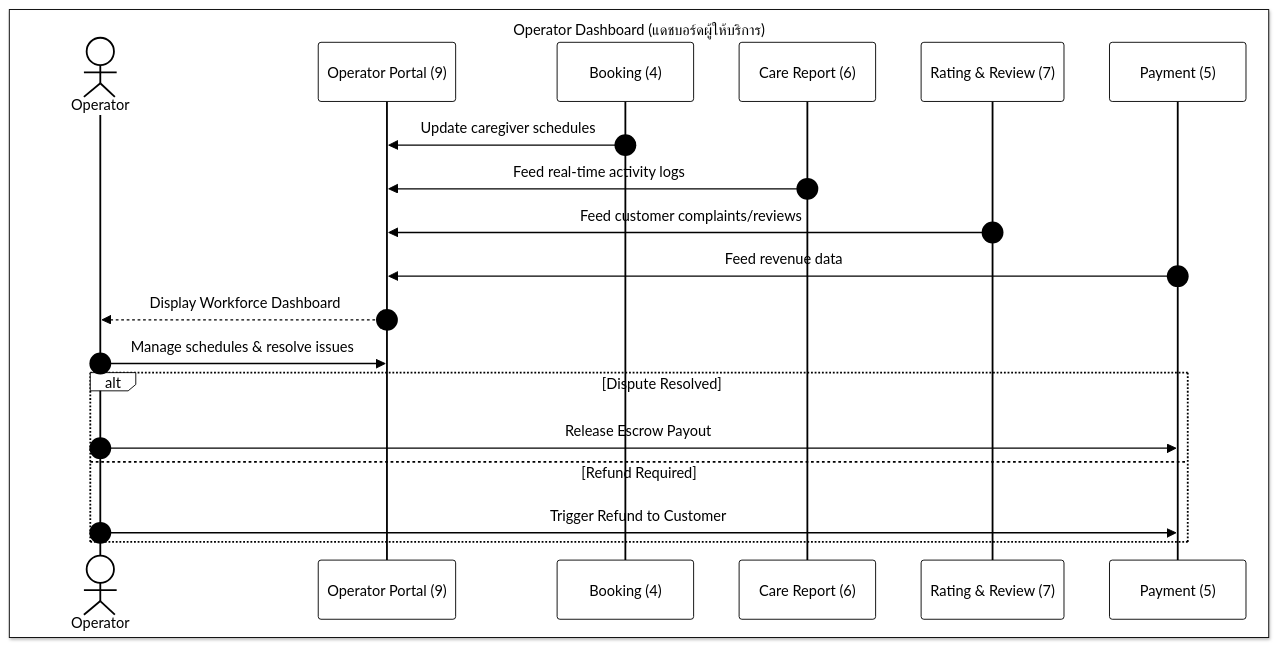
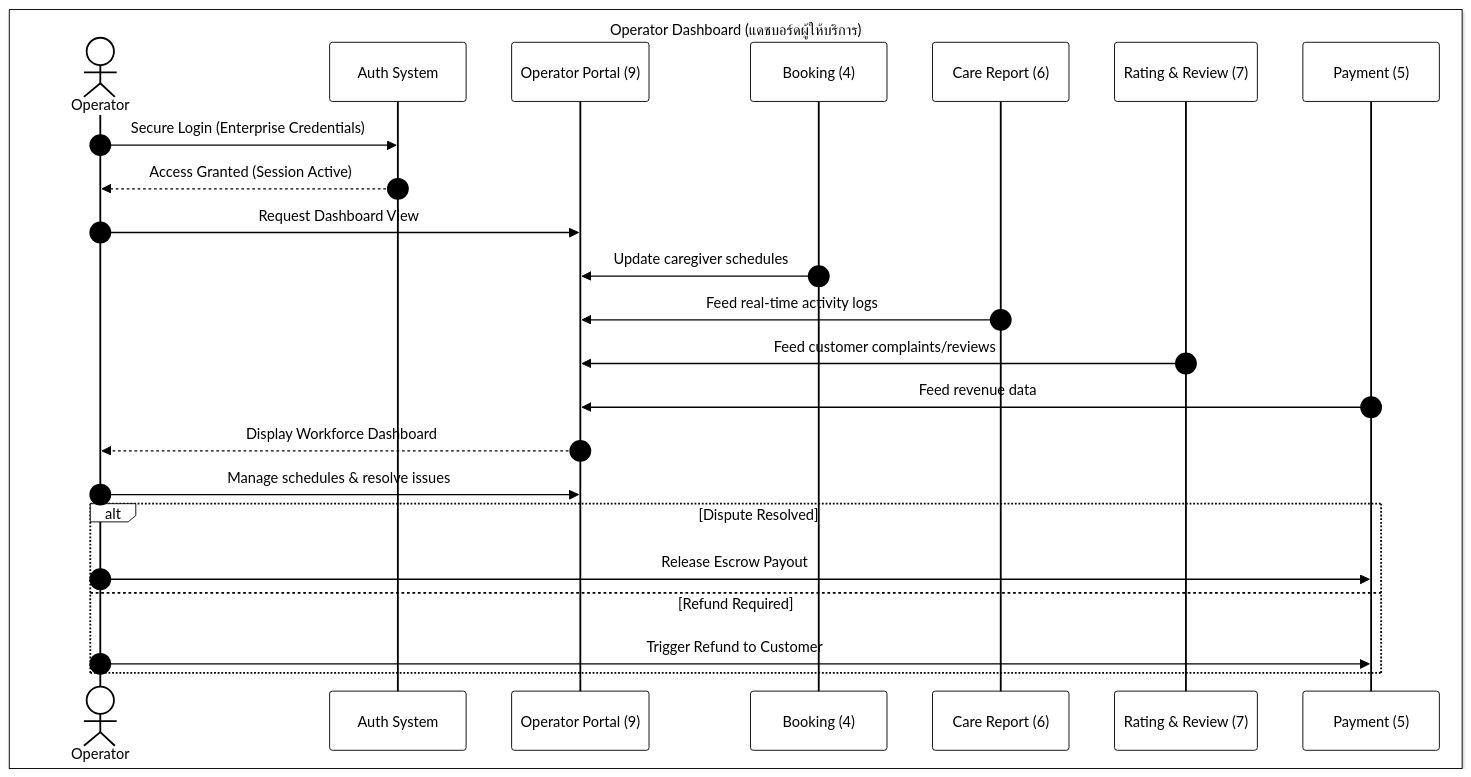
Before and after one commit to warattapobwaiarsa/CareDee_Project_Doc: the fourth of 6 diagrams in workflow/WORKFLOW.md, drawn with Mermaid. The commit also changed other lines of this file, not shown here.

````diff
--- a/workflow/WORKFLOW.md
+++ b/workflow/WORKFLOW.md
@@ -232,26 +232,35 @@
 ```mermaid
 %%{init: { 'theme': 'base', 'themeVariables': { 'darkMode': false, 'background': '#ffffff', 'mainBkg': '#ffffff', 'primaryColor': '#ffffff', 'primaryTextColor': '#000000', 'primaryBorderColor': '#000000', 'lineColor': '#000000', 'secondaryColor': '#ffffff', 'tertiaryColor': '#ffffff', 'actorBkg': '#ffffff', 'actorTextColor': '#000000', 'actorLineColor': '#000000', 'participantBkg': '#ffffff', 'participantTextColor': '#000000', 'participantBorderColor': '#000000', 'signalColor': '#000000', 'signalTextColor': '#000000', 'labelTextColor': '#000000', 'loopTextColor': '#000000', 'noteBkgColor': '#ffffff', 'noteTextColor': '#000000', 'activationBkgColor': '#ffffff', 'activationBorderColor': '#000000', 'sequenceNumberColor': '#000000' }, 'themeCSS': 'svg { background-color: white !important; background: white !important; } rect, circle, path, line, polygon, .labelBox, .cluster rect, .actor, .participant, .note, .activation { fill: white !important; stroke: black !important; stroke-width: 2px !important; } text, tspan, .loopText, .messageText, .noteText, .sequenceNumber { fill: black !important; color: black !important; font-weight: bold !important; font-size: 14px !important; } .cluster rect { stroke-dasharray: 0 !important; }' } }%%
 sequenceDiagram
     autonumber
 
     box white Operator Dashboard (แดชบอร์ดผู้ให้บริการ)
         actor OP as Operator
+        participant Auth as Auth System
         participant Portal as Operator Portal (9)
         participant BK as Booking (4)
         participant CR as Care Report (6)
         participant RR as Rating & Review (7)
         participant PM as Payment (5)
     end
 
+    %% Access Control
+    OP->>Auth: Secure Login (Enterprise Credentials)
+    Auth-->>OP: Access Granted (Session Active)
+    OP->>Portal: Request Dashboard View
+
+    %% Data Feeding
     BK->>Portal: Update caregiver schedules
     CR->>Portal: Feed real-time activity logs
     RR->>Portal: Feed customer complaints/reviews
     PM->>Portal: Feed revenue data
+
+    %% Management Actions
     Portal-->>OP: Display Workforce Dashboard
     OP->>Portal: Manage schedules & resolve issues
     alt Dispute Resolved
         OP->>PM: Release Escrow Payout
     else Refund Required
         OP->>PM: Trigger Refund to Customer
     end
 ```
````
